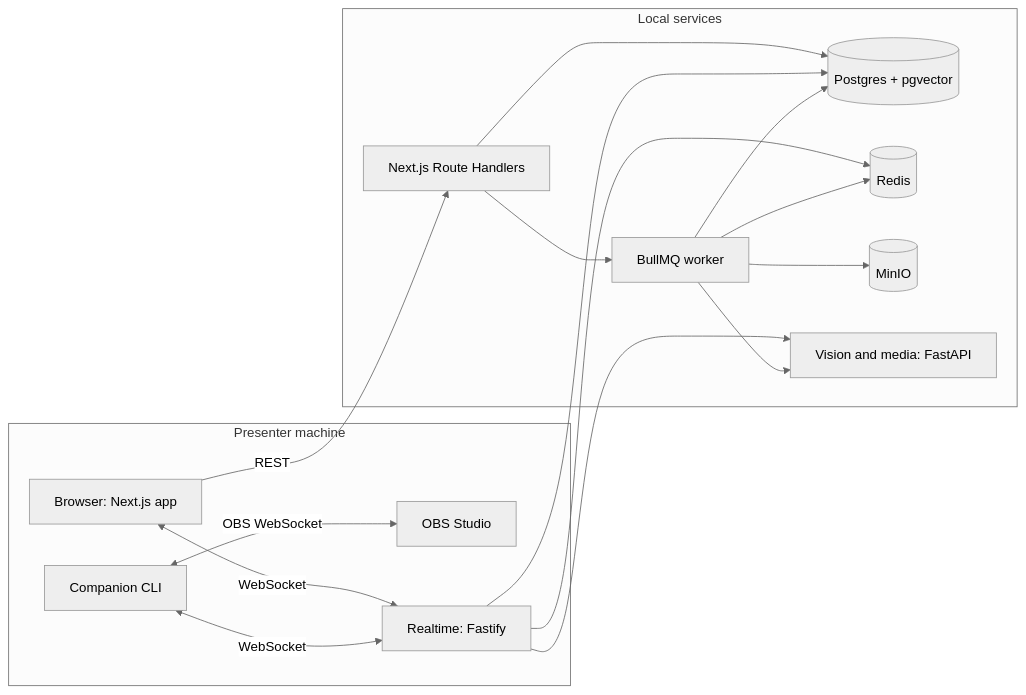
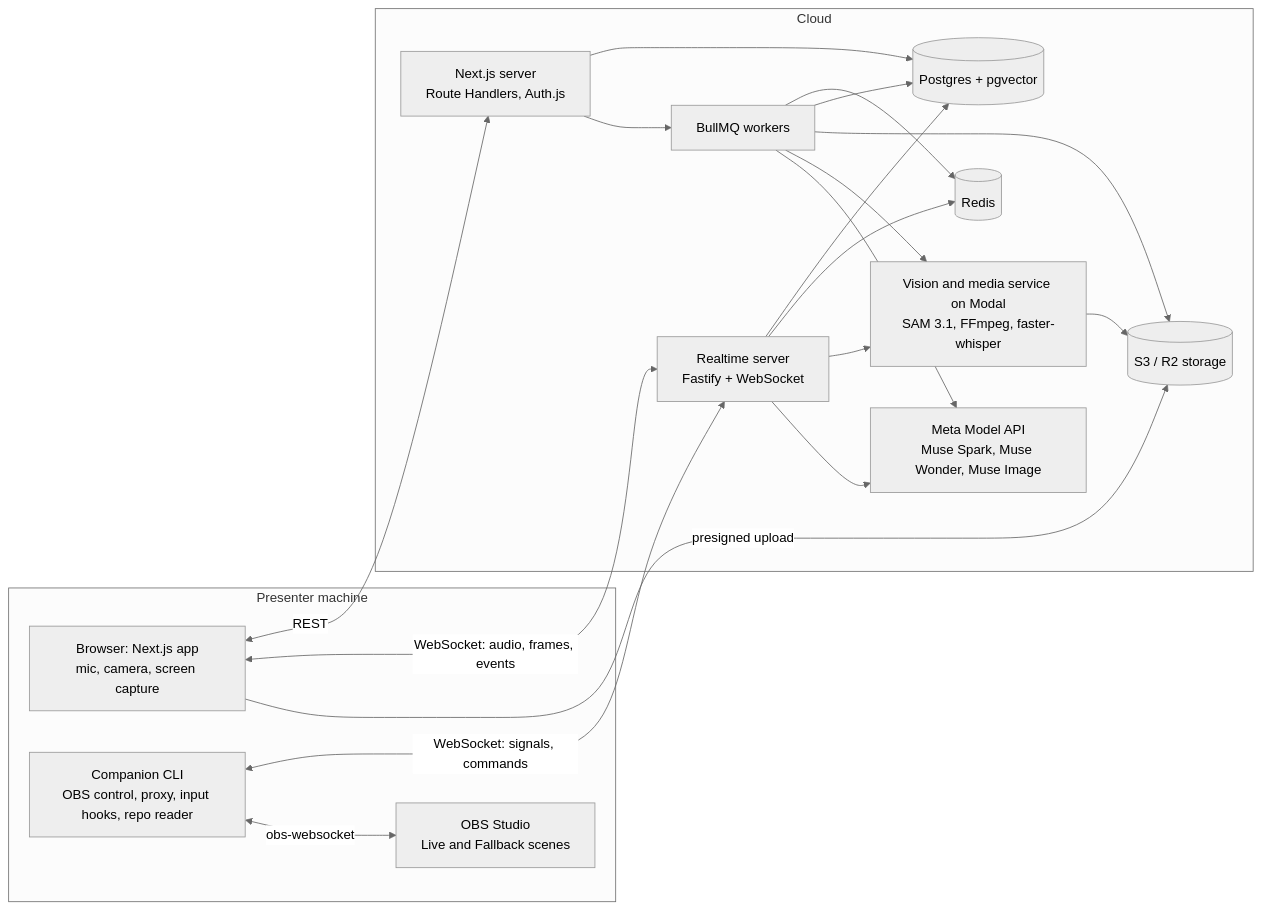
The first of 6 diagrams in docs/architecture.md (m40ma0/GrillMe), drawn with Mermaid (neutral theme) before and after one commit. The commit also changed other lines of this file and 192 other files, not shown here.

````diff
--- a/docs/architecture.md
+++ b/docs/architecture.md
@@ -5,30 +9,35 @@
 ```mermaid
 flowchart LR
   subgraph Presenter["Presenter machine"]
-    B["Browser: Next.js app"]
-    C["Companion CLI"]
-    O["OBS Studio"]
-    B <-->|"WebSocket"| RT
-    C <-->|"WebSocket"| RT
-    C <-->|"OBS WebSocket"| O
+    B["Browser: Next.js app<br/>mic, camera, screen capture"]
+    C["Companion CLI<br/>OBS control, proxy, input hooks, repo reader"]
+    O["OBS Studio<br/>Live and Fallback scenes"]
   end
-  subgraph Local["Local services"]
-    W["Next.js Route Handlers"]
-    RT["Realtime: Fastify"]
-    Q["BullMQ worker"]
+  subgraph Cloud["Cloud"]
+    W["Next.js server<br/>Route Handlers, Auth.js"]
+    RT["Realtime server<br/>Fastify + WebSocket"]
+    Q["BullMQ workers"]
     DB[("Postgres + pgvector")]
     R[("Redis")]
-    S3[("MinIO")]
-    V["Vision and media: FastAPI"]
+    S3[("S3 / R2 storage")]
+    V["Vision and media service on Modal<br/>SAM 3.1, FFmpeg, faster-whisper"]
+    M["Meta Model API<br/>Muse Spark, Muse Wonder, Muse Image"]
   end
-  B -->|"REST"| W
+  B <-->|REST| W
+  B <-->|WebSocket: audio, frames, events| RT
+  C <-->|WebSocket: signals, commands| RT
+  C <-->|obs-websocket| O
   W --> DB
   W --> Q
   RT --> DB
   RT --> R
   Q --> R
   Q --> DB
   Q --> S3
+  B -->|presigned upload| S3
   RT --> V
   Q --> V
+  V --> S3
+  RT --> M
+  Q --> M
 ```
````
